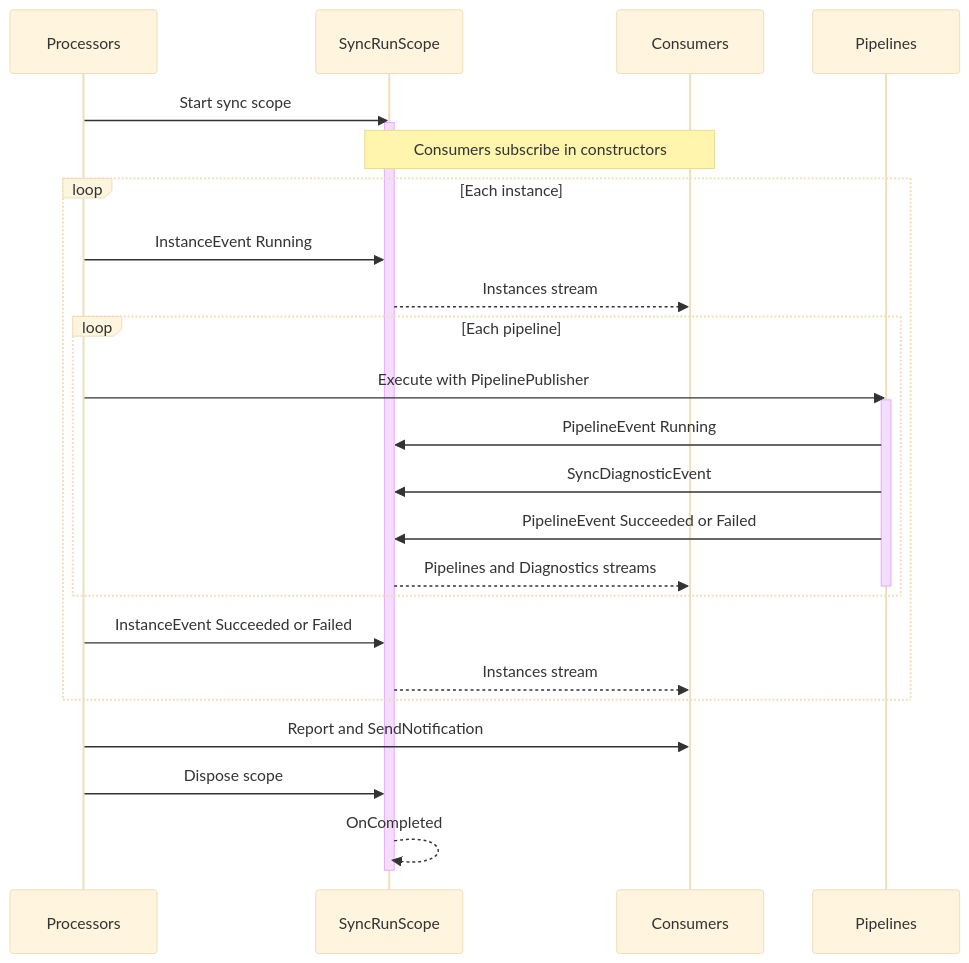
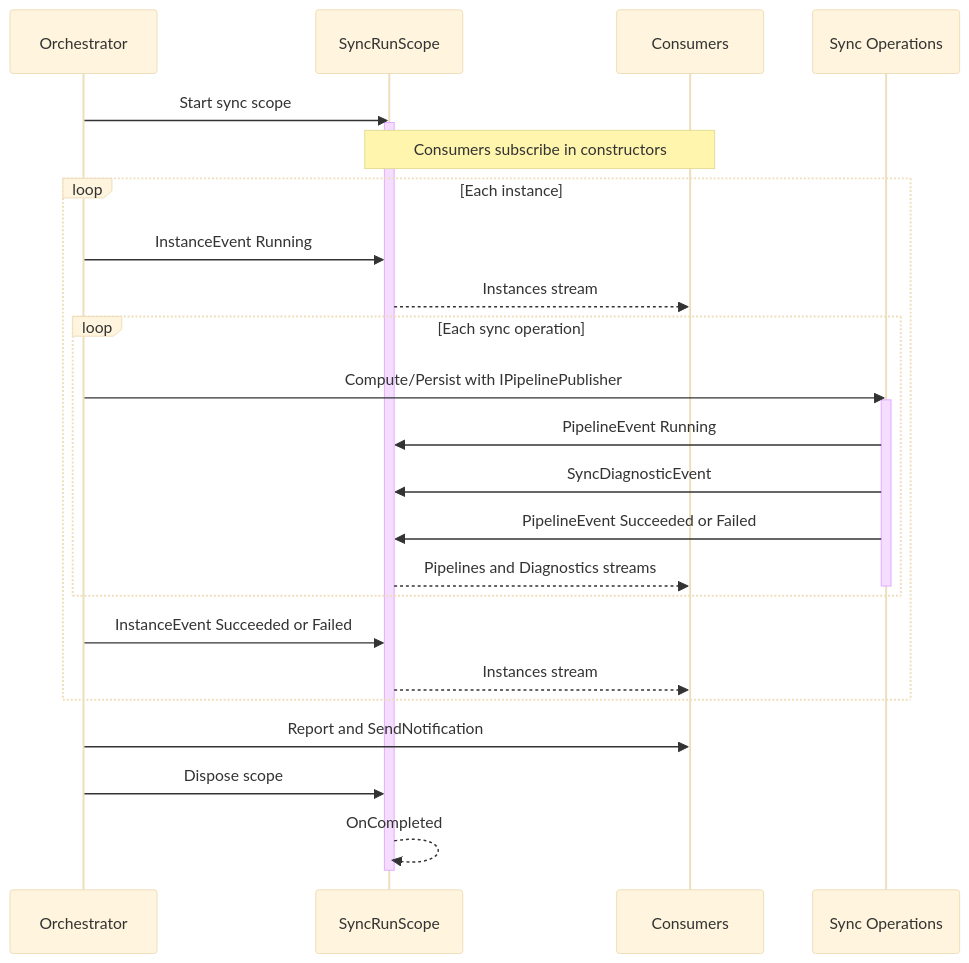
Before and after one commit to recyclarr/recyclarr: the diagram in docs/architecture/sync-event-system.md, drawn with Mermaid (base theme). The commit also changed other lines of this file and 499 other files, not shown here.

Commit message:
WIP: HTTP Server architecture for Recyclarr

````diff
--- a/docs/architecture/sync-event-system.md
+++ b/docs/architecture/sync-event-system.md
@@ -199,34 +170,34 @@
 ```mermaid
 sequenceDiagram
-    participant Proc as Processors
+    participant Orch as Orchestrator
     participant Hub as SyncRunScope
     participant Con as Consumers
-    participant Pipe as Pipelines
+    participant Op as Sync Operations
 
-    Proc->>Hub: Start sync scope
+    Orch->>Hub: Start sync scope
     activate Hub
     Note over Hub,Con: Consumers subscribe in constructors
 
     loop Each instance
-        Proc->>Hub: InstanceEvent Running
+        Orch->>Hub: InstanceEvent Running
         Hub-->>Con: Instances stream
 
-        loop Each pipeline
-            Proc->>Pipe: Execute with PipelinePublisher
-            activate Pipe
-            Pipe->>Hub: PipelineEvent Running
-            Pipe->>Hub: SyncDiagnosticEvent
-            Pipe->>Hub: PipelineEvent Succeeded or Failed
+        loop Each sync operation
+            Orch->>Op: Compute/Persist with IPipelinePublisher
+            activate Op
+            Op->>Hub: PipelineEvent Running
+            Op->>Hub: SyncDiagnosticEvent
+            Op->>Hub: PipelineEvent Succeeded or Failed
             Hub-->>Con: Pipelines and Diagnostics streams
-            deactivate Pipe
+            deactivate Op
         end
 
-        Proc->>Hub: InstanceEvent Succeeded or Failed
+        Orch->>Hub: InstanceEvent Succeeded or Failed
         Hub-->>Con: Instances stream
     end
 
-    Proc->>Con: Report and SendNotification
-    Proc->>Hub: Dispose scope
+    Orch->>Con: Report and SendNotification
+    Orch->>Hub: Dispose scope
     Hub-->>Hub: OnCompleted
     deactivate Hub
 ```
````
